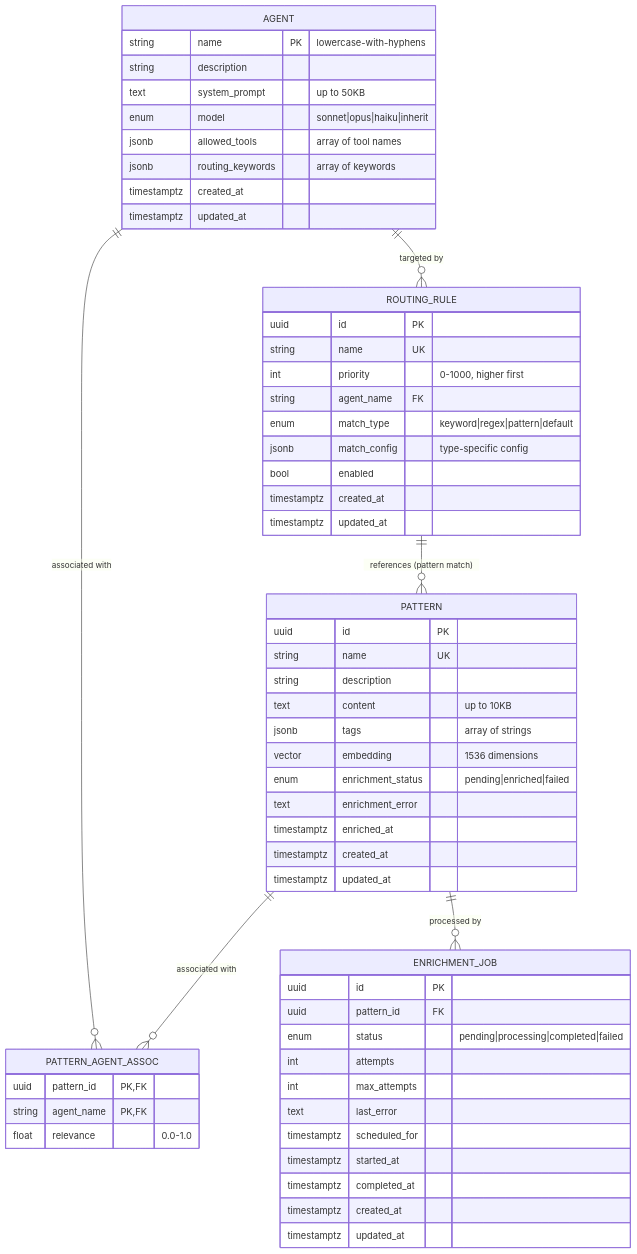
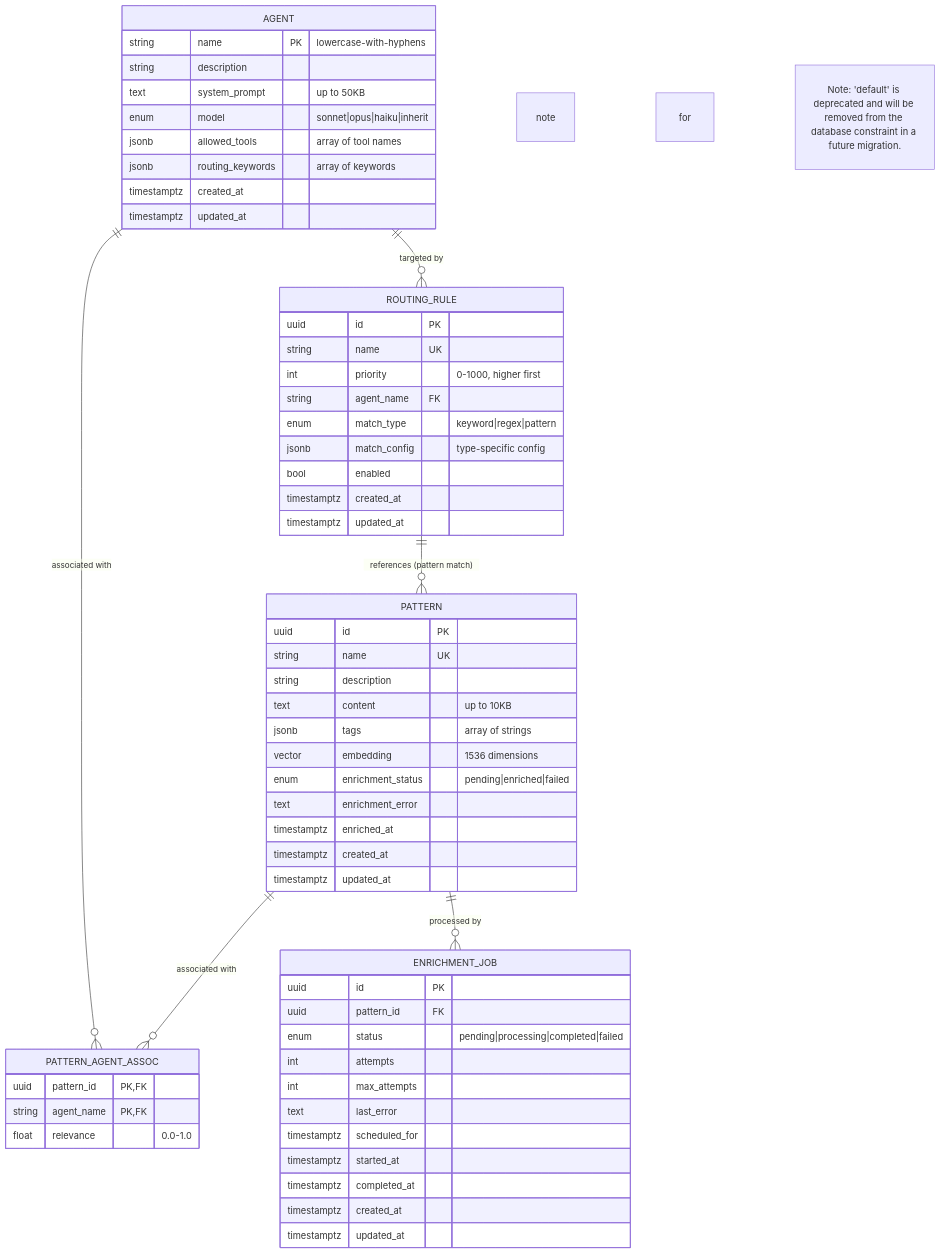
Before and after one commit to twistingmercury/mnemonic-mcp: the second of 11 diagrams in docs/architecture/08-data-architecture.md, drawn with Mermaid. The commit also changed other lines of this file and 26 other files, not shown here.

````diff
--- a/docs/architecture/08-data-architecture.md
+++ b/docs/architecture/08-data-architecture.md
@@ -189,65 +189,67 @@
 ```mermaid
 erDiagram
     AGENT ||--o{ ROUTING_RULE : "targeted by"
     AGENT ||--o{ PATTERN_AGENT_ASSOC : "associated with"
     PATTERN ||--o{ PATTERN_AGENT_ASSOC : "associated with"
     PATTERN ||--o{ ENRICHMENT_JOB : "processed by"
     ROUTING_RULE ||--o{ PATTERN : "references (pattern match)"
 
     AGENT {
         string name PK "lowercase-with-hyphens"
         string description
         text system_prompt "up to 50KB"
         enum model "sonnet|opus|haiku|inherit"
         jsonb allowed_tools "array of tool names"
         jsonb routing_keywords "array of keywords"
         timestamptz created_at
         timestamptz updated_at
     }
 
     ROUTING_RULE {
         uuid id PK
         string name UK
         int priority "0-1000, higher first"
         string agent_name FK
-        enum match_type "keyword|regex|pattern|default"
+        enum match_type "keyword|regex|pattern"
         jsonb match_config "type-specific config"
         bool enabled
         timestamptz created_at
         timestamptz updated_at
     }
+
+    note for ROUTING_RULE "Note: 'default' is deprecated and will be removed from the database constraint in a future migration."
 
     PATTERN {
         uuid id PK
         string name UK
         string description
         text content "up to 10KB"
         jsonb tags "array of strings"
         vector embedding "1536 dimensions"
         enum enrichment_status "pending|enriched|failed"
         text enrichment_error
         timestamptz enriched_at
         timestamptz created_at
         timestamptz updated_at
     }
 
     PATTERN_AGENT_ASSOC {
         uuid pattern_id PK,FK
         string agent_name PK,FK
         float relevance "0.0-1.0"
     }
 
     ENRICHMENT_JOB {
         uuid id PK
         uuid pattern_id FK
         enum status "pending|processing|completed|failed"
         int attempts
         int max_attempts
         text last_error
         timestamptz scheduled_for
         timestamptz started_at
         timestamptz completed_at
         timestamptz created_at
         timestamptz updated_at
     }
 ```
````
